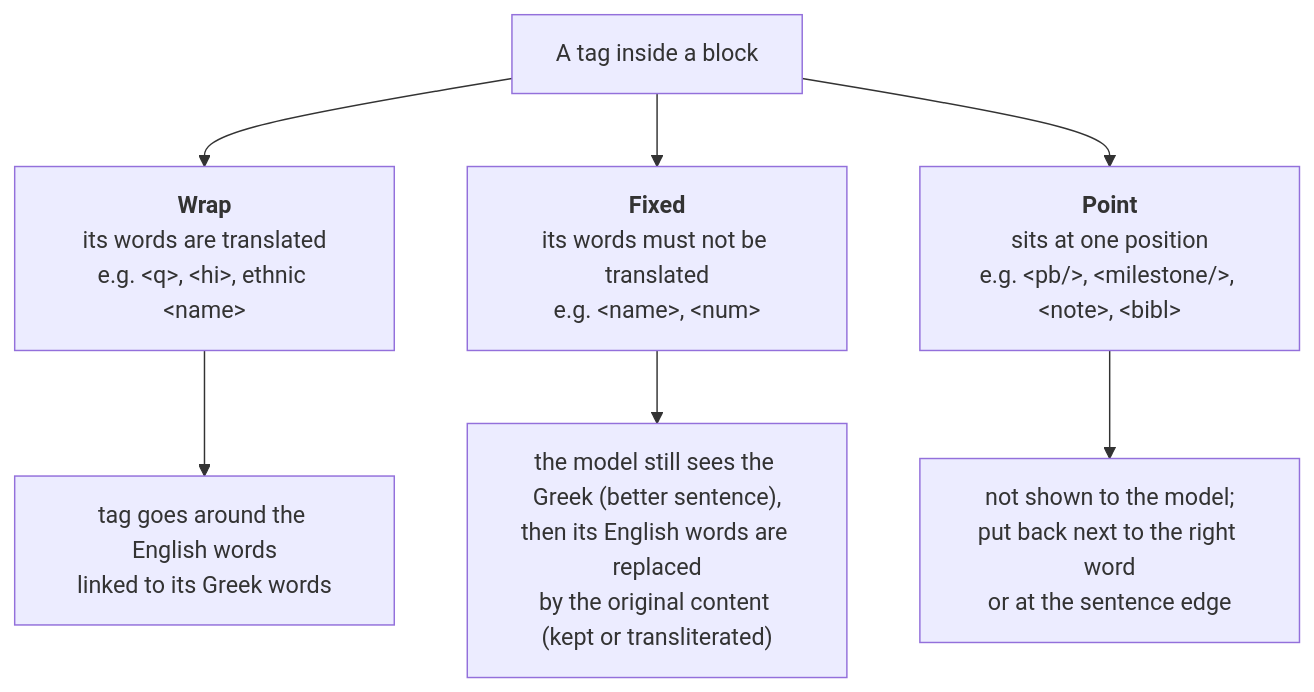
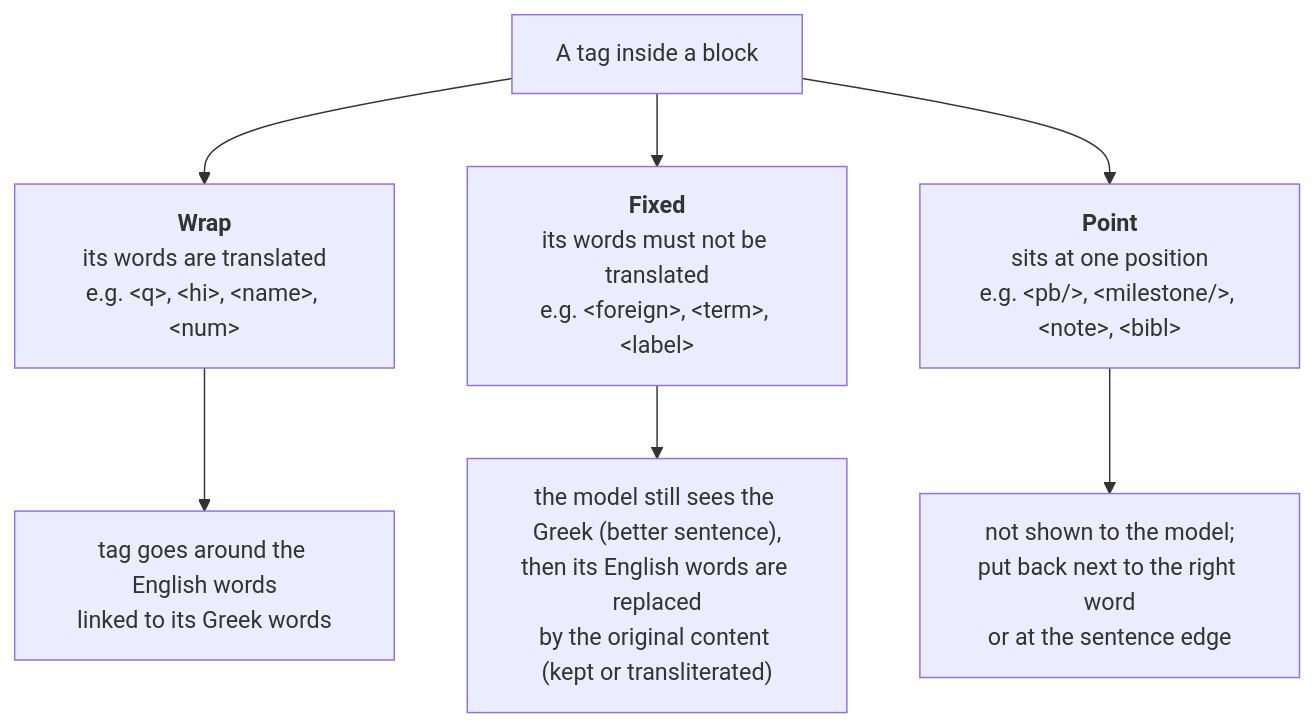
The third of 4 diagrams in docs/pipeline_overview.md (ilaria-nissotti/tei-translate), drawn with Mermaid before and after one commit. The commit also changed other lines of this file and 10 other files, not shown here.

````diff
--- a/docs/pipeline_overview.md
+++ b/docs/pipeline_overview.md
@@ -136,9 +144,9 @@
 ```mermaid
 flowchart TD
-    T["A tag inside a block"] --> W["<b>Wrap</b><br/>its words are translated<br/>e.g. &lt;q&gt;, &lt;hi&gt;, ethnic &lt;name&gt;"]
-    T --> F["<b>Fixed</b><br/>its words must not be translated<br/>e.g. &lt;name&gt;, &lt;num&gt;"]
+    T["A tag inside a block"] --> W["<b>Wrap</b><br/>its words are translated<br/>e.g. &lt;q&gt;, &lt;hi&gt;, &lt;name&gt;, &lt;num&gt;"]
+    T --> F["<b>Fixed</b><br/>its words must not be translated<br/>e.g. &lt;foreign&gt;, &lt;term&gt;, &lt;label&gt;"]
     T --> P["<b>Point</b><br/>sits at one position<br/>e.g. &lt;pb/&gt;, &lt;milestone/&gt;, &lt;note&gt;, &lt;bibl&gt;"]
     W --> W2["tag goes around the English words<br/>linked to its Greek words"]
     F --> F2["the model still sees the Greek (better sentence),<br/>then its English words are replaced<br/>by the original content (kept or transliterated)"]
     P --> P2["not shown to the model;<br/>put back next to the right word<br/>or at the sentence edge"]
 ```
````
